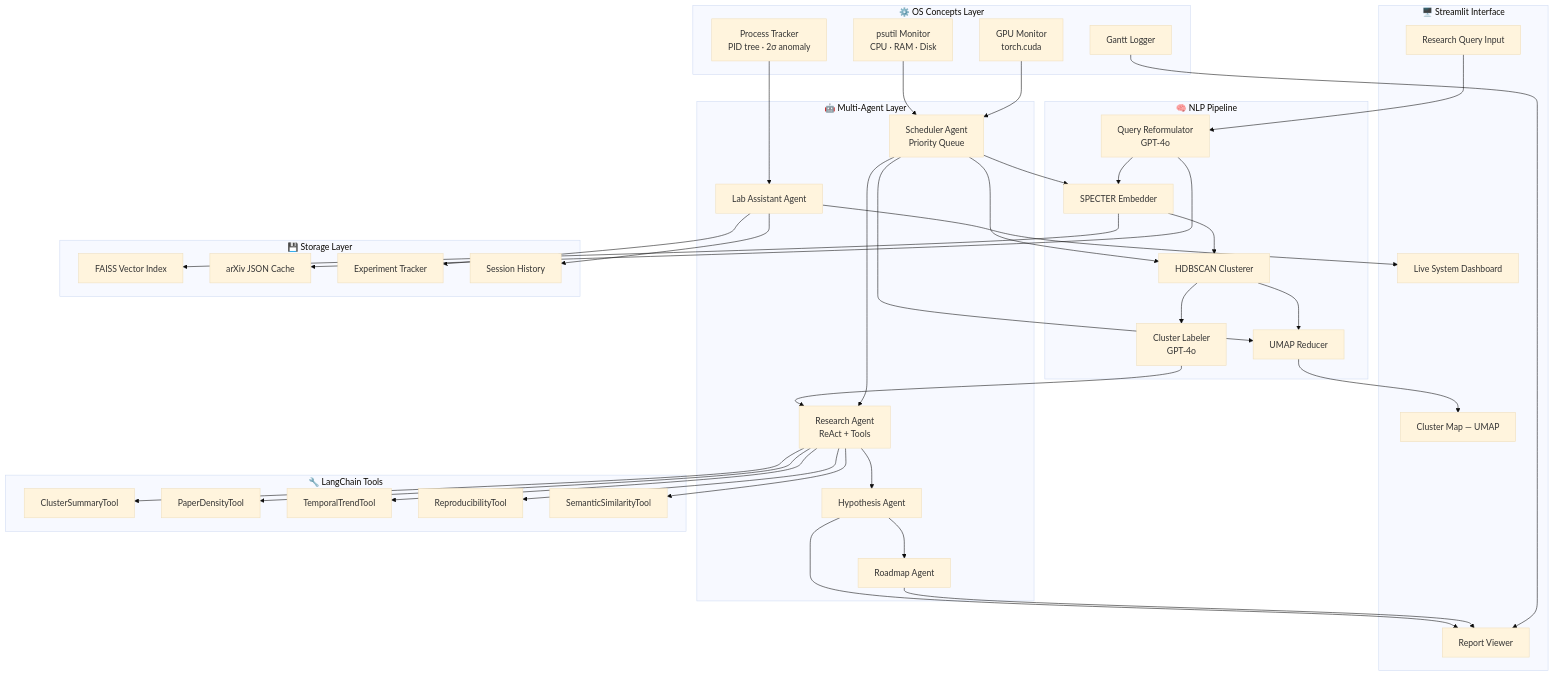
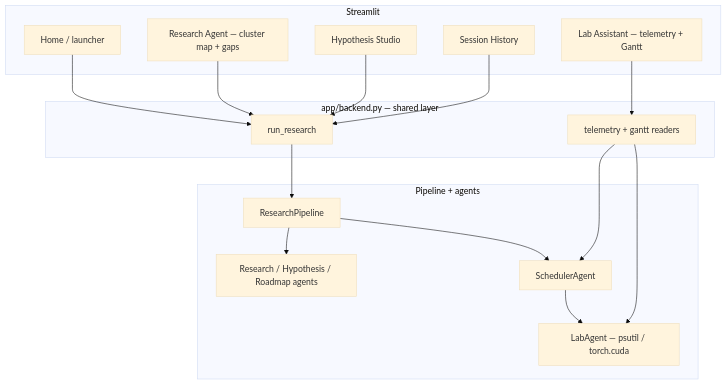
One commit to hijab1514/ResearchFlow-AI-Autonomous-Research-Lab-Intelligence-Agent changed the diagram in README.md. Above: the diagram before and after it, drawn with Mermaid (base theme). The commit also changed other lines of this file, not shown here.

````diff
--- a/README.md
+++ b/README.md
@@ -75,60 +57,26 @@
 ```mermaid
 graph TB
-    subgraph UI["🖥️  Streamlit Interface"]
-        A[Research Query Input]
-        B[Live System Dashboard]
-        C[Cluster Map — UMAP]
-        D[Report Viewer]
+    subgraph UI["Streamlit"]
+        A[Home / launcher]
+        B[Research Agent — cluster map + gaps]
+        C[Lab Assistant — telemetry + Gantt]
+        D[Hypothesis Studio]
+        E[Session History]
     end
-
-    subgraph AGENTS["🤖  Multi-Agent Layer"]
-        E[Research Agent\nReAct + Tools]
-        F[Lab Assistant Agent]
-        G[Scheduler Agent\nPriority Queue]
-        H[Hypothesis Agent]
-        I[Roadmap Agent]
+    subgraph BACKEND["app/backend.py — shared layer"]
+        F[run_research]
+        G[telemetry + gantt readers]
     end
-
-    subgraph NLP["🧠  NLP Pipeline"]
-        J[Query Reformulator\nGPT-4o]
-        K[SPECTER Embedder]
-        L[HDBSCAN Clusterer]
-        M[UMAP Reducer]
-        N[Cluster Labeler\nGPT-4o]
+    subgraph PIPE["Pipeline + agents"]
+        H[ResearchPipeline]
+        I[Research / Hypothesis / Roadmap agents]
+        J[SchedulerAgent]
+        K[LabAgent — psutil / torch.cuda]
     end
-
-    subgraph STORAGE["💾  Storage Layer"]
-        O[FAISS Vector Index]
-        P[arXiv JSON Cache]
-        Q[Experiment Tracker]
-        R[Session History]
-    end
-
-    subgraph TOOLS["🔧  LangChain Tools"]
-        S[ClusterSummaryTool]
-        T[PaperDensityTool]
-        U[TemporalTrendTool]
-        V[ReproducibilityTool]
-        W[SemanticSimilarityTool]
-    end
-
-    subgraph OS["⚙️  OS Concepts Layer"]
-        X[psutil Monitor\nCPU · RAM · Disk]
-        Y[GPU Monitor\ntorch.cuda]
-        Z[Process Tracker\nPID tree · 2σ anomaly]
-        AA[Gantt Logger]
-    end
-
-    A --> J --> K --> L --> M --> C
-    L --> N --> E
-    E --> S & T & U & V & W
-    E --> H --> D
-    H --> I --> D
-    G --> K & L & M & E
-    X & Y --> G
-    Z --> F --> B
-    AA --> D
-    K --> O
-    J --> P
-    F --> Q & R
+    A & B & D & E --> F --> H
+    C --> G
+    H --> I
+    H --> J
+    J --> K
+    G --> J & K
 ```
````
